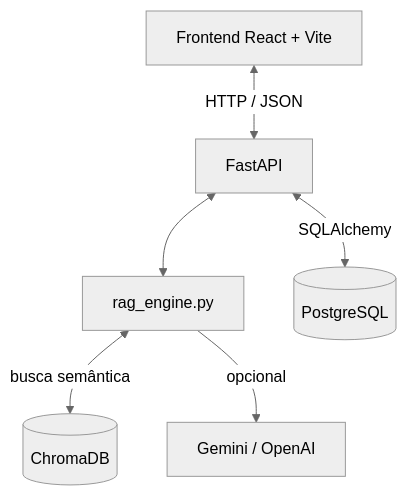
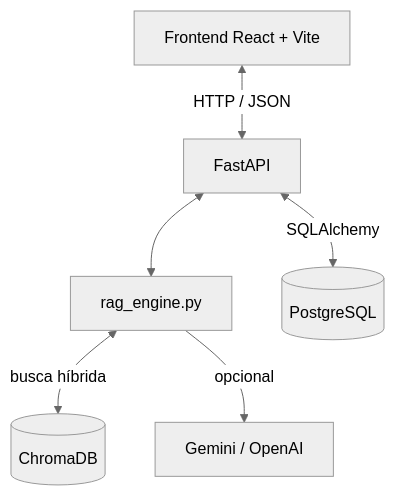
One commit to koerichanna/tcc-rag-tendencia-moda-masculina changed the diagram in README.md. Above: the diagram before and after it, drawn with Mermaid (neutral theme). The commit also changed other lines of this file and 1 other file, not shown here.

Commit message:
docs: atualiza README e LGPD com busca hibrida, vinculo e origem das descricoes

````diff
--- a/README.md
+++ b/README.md
@@ -15,8 +15,8 @@
 ```mermaid
 flowchart TD
     UI[Frontend React + Vite] <-->|HTTP / JSON| API[FastAPI]
     API <--> RAG[rag_engine.py]
     API <-->|SQLAlchemy| PG[(PostgreSQL)]
-    RAG <-->|busca semântica| CHROMA[(ChromaDB)]
+    RAG <-->|busca híbrida| CHROMA[(ChromaDB)]
     RAG -->|opcional| LLM[Gemini / OpenAI]
 ```
````
